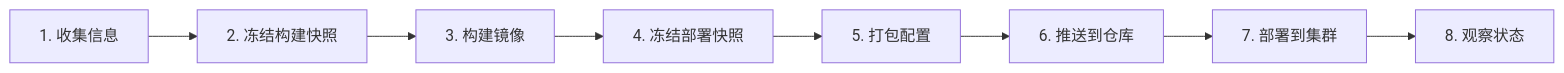
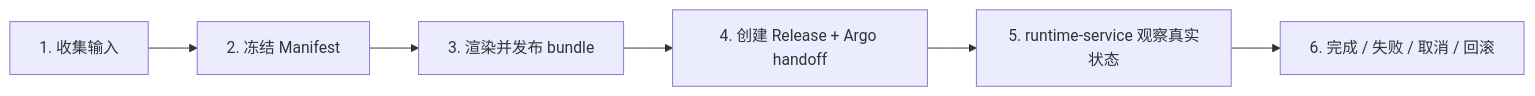
One commit to bsonger/devflow-document changed the diagram in content/docs/architecture/lifecycle.md. Above: the diagram before and after it, drawn with Mermaid. The commit also changed other lines of this file and 1 other file, not shown here.

Commit message:
Rewrite release lifecycle guide

````diff
--- a/content/docs/architecture/lifecycle.md
+++ b/content/docs/architecture/lifecycle.md
@@ -18,10 +38,8 @@
 ```mermaid
 graph LR
-    A["1. 收集信息"] --> B["2. 冻结构建快照"]
-    B --> C["3. 构建镜像"]
-    C --> D["4. 冻结部署快照"]
-    D --> E["5. 打包配置"]
-    E --> F["6. 推送到仓库"]
-    F --> G["7. 部署到集群"]
-    G --> H["8. 观察状态"]
+    A["1. 收集输入"] --> B["2. 冻结 Manifest"]
+    B --> C["3. 渲染并发布 bundle"]
+    C --> D["4. 创建 Release + Argo handoff"]
+    D --> E["5. runtime-service 观察真实状态"]
+    E --> F["6. 完成 / 失败 / 取消 / 回滚"]
 ```
````
